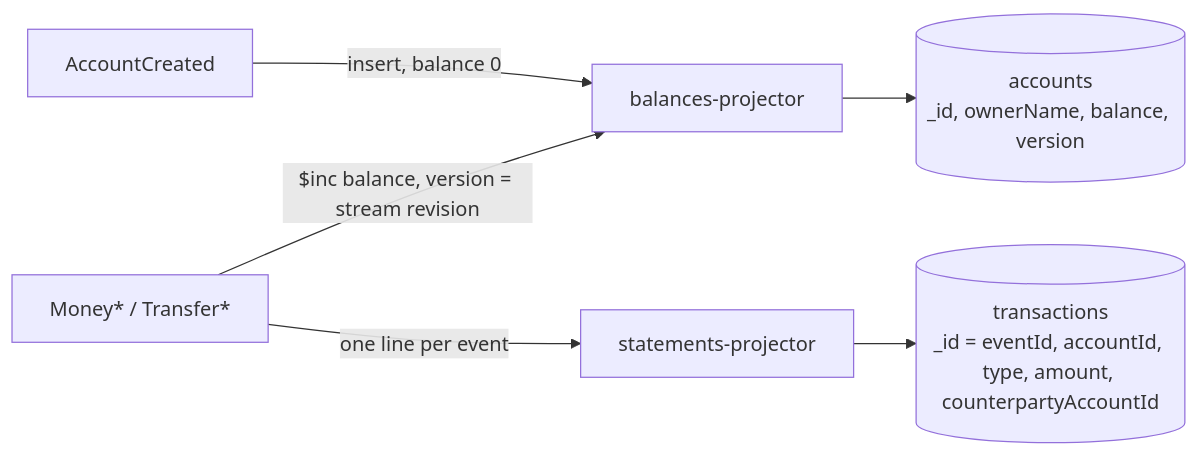
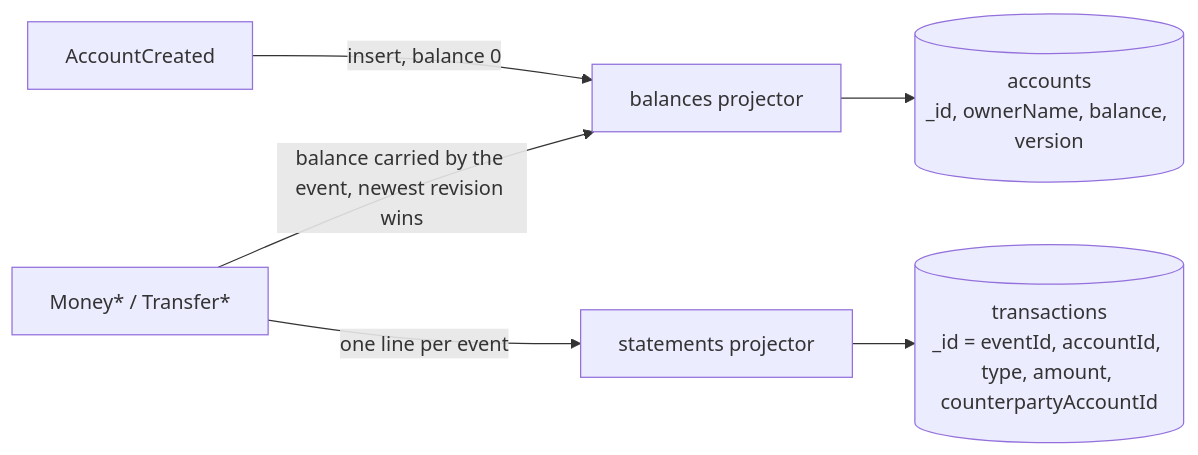
One commit to gianluca-pettenon/idempotent-ledger changed the second of 3 diagrams in README.md. Above: the diagram before and after it, drawn with Mermaid. The commit also changed other lines of this file and 11 other files, not shown here.

````diff
--- a/README.md
+++ b/README.md
@@ -56,15 +56,15 @@
 ```mermaid
 flowchart LR
     created["AccountCreated"]
     movement["Money* / Transfer*"]
-    balances["balances-projector"]
-    statements["statements-projector"]
+    balances["balances projector"]
+    statements["statements projector"]
     accounts[("accounts<br/>_id, ownerName, balance, version")]
     transactions[("transactions<br/>_id = eventId, accountId, type, amount, counterpartyAccountId")]
 
     created -- "insert, balance 0" --> balances
-    movement -- "$inc balance, version = stream revision" --> balances
+    movement -- "balance carried by the event, newest revision wins" --> balances
     balances --> accounts
     movement -- "one line per event" --> statements
     statements --> transactions
 ```
````
